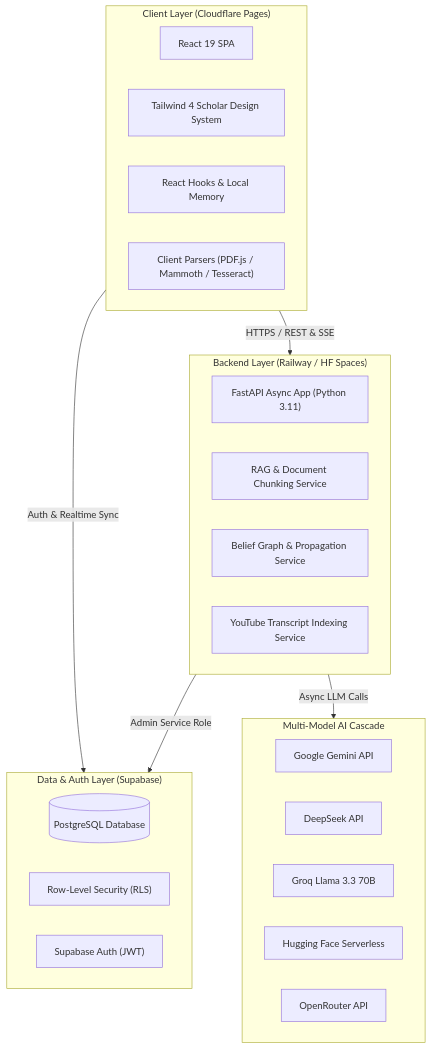
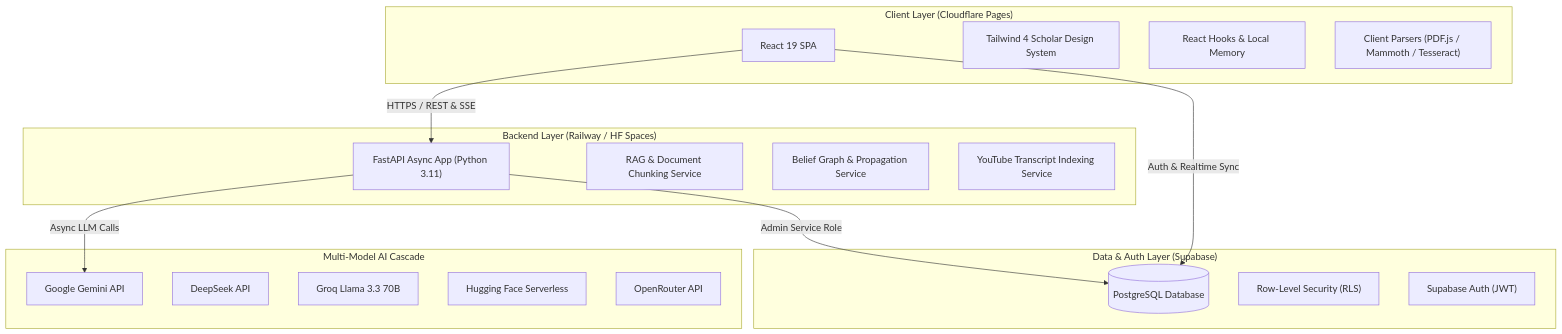
Before and after one commit to Qamber02/cherag: the third of 3 diagrams in README.md, drawn with Mermaid. The commit also changed other lines of this file, not shown here.

Commit message:
docs: audit README.md link validity, test numbers, rate limits, schema diagram and mermaid rendering

````diff
--- a/README.md
+++ b/README.md
@@ -251,35 +245,35 @@
 ```mermaid
 flowchart TB
     subgraph Client ["Client Layer (Cloudflare Pages)"]
         ReactUI["React 19 SPA"]
         ScholarCSS["Tailwind 4 Scholar Design System"]
         StateEngine["React Hooks & Local Memory"]
         Parsers["Client Parsers (PDF.js / Mammoth / Tesseract)"]
     end
 
     subgraph Backend ["Backend Layer (Railway / HF Spaces)"]
         FastAPIApp["FastAPI Async App (Python 3.11)"]
         RAGEngine["RAG & Document Chunking Service"]
         BeliefEngine["Belief Graph & Propagation Service"]
         VideoEngine["YouTube Transcript Indexing Service"]
     end
 
     subgraph BaaS ["Data & Auth Layer (Supabase)"]
         Postgres[(PostgreSQL Database)]
         RLSPolicies["Row-Level Security (RLS)"]
         SupaAuth["Supabase Auth (JWT)"]
     end
 
     subgraph AILayer ["Multi-Model AI Cascade"]
         Gemini["Google Gemini API"]
         DeepSeek["DeepSeek API"]
         Groq["Groq Llama 3.3 70B"]
         HF["Hugging Face Serverless"]
         OpenRouter["OpenRouter API"]
     end
 
-    Client -- "HTTPS / REST & SSE" --> Backend
-    Client -- "Auth & Realtime Sync" --> BaaS
-    Backend -- "Admin Service Role" --> BaaS
-    Backend -- "Async LLM Calls" --> AILayer
+    ReactUI -- "HTTPS / REST & SSE" --> FastAPIApp
+    ReactUI -- "Auth & Realtime Sync" --> Postgres
+    FastAPIApp -- "Admin Service Role" --> Postgres
+    FastAPIApp -- "Async LLM Calls" --> Gemini
 ```
````
